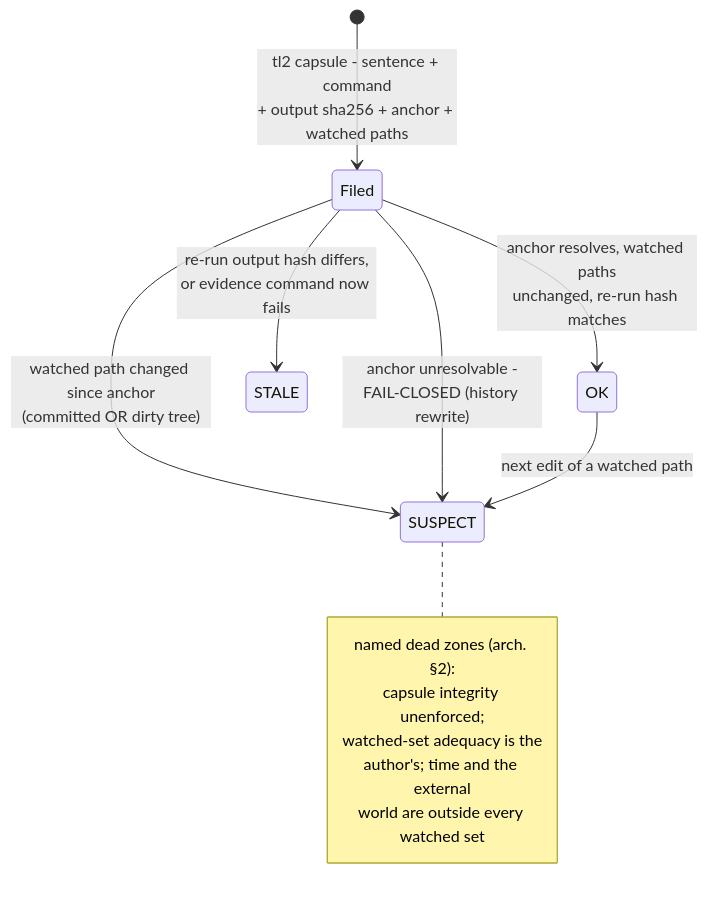
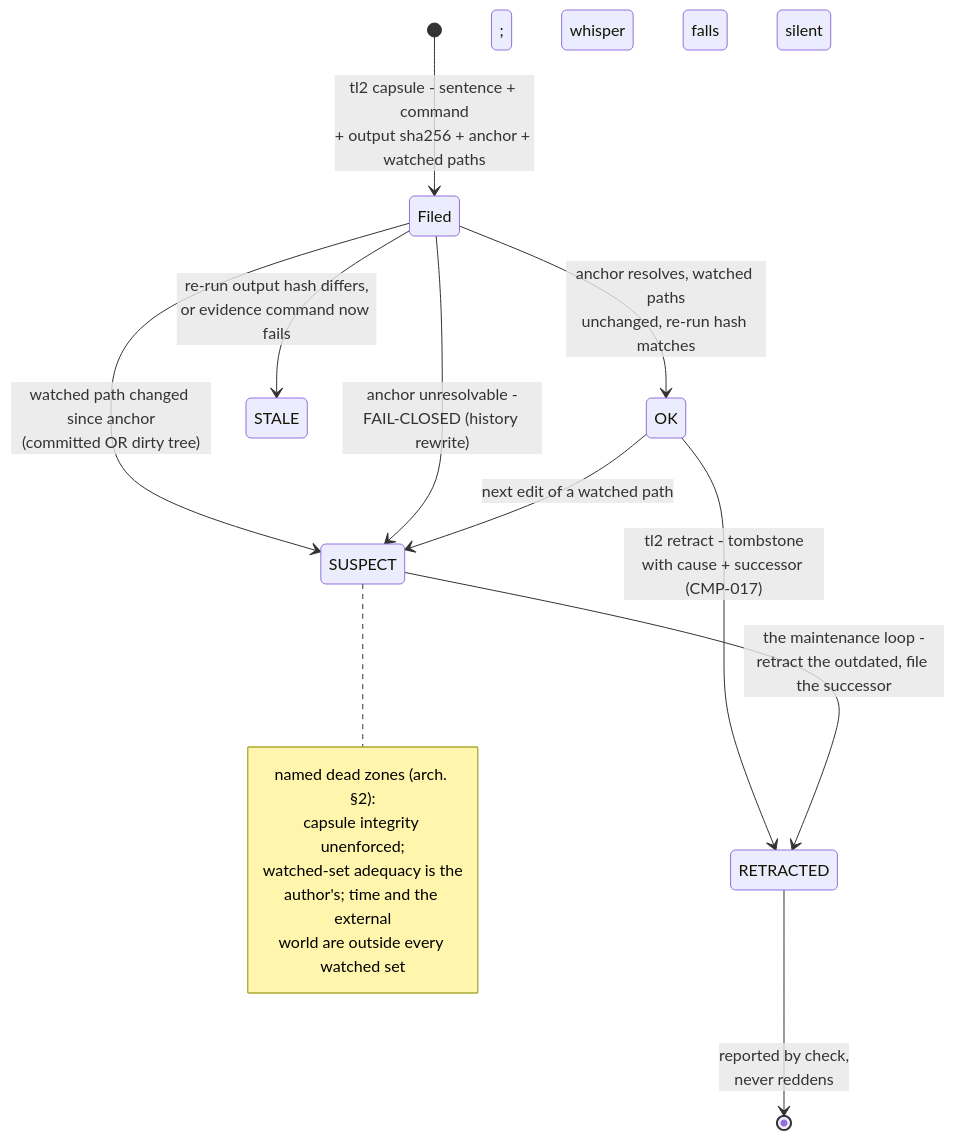
One commit to m1981/truth-ledger2 changed the fourth of 5 diagrams in docs/diagrams.md. Above: the diagram before and after it, drawn with Mermaid. The commit also changed other lines of this file and 5 other files, not shown here.

First line of the commit message:
CMP-017 buys tl2 retract: the COPE-shaped tombstone v1 had and v2 lacked

````diff
--- a/docs/diagrams.md
+++ b/docs/diagrams.md
@@ -87,16 +87,19 @@
 ```mermaid
 stateDiagram-v2
     [*] --> Filed: tl2 capsule - sentence + command<br/>+ output sha256 + anchor + watched paths
     Filed --> OK: anchor resolves, watched paths<br/>unchanged, re-run hash matches
     Filed --> SUSPECT: watched path changed since anchor<br/>(committed OR dirty tree)
     Filed --> SUSPECT: anchor unresolvable -<br/>FAIL-CLOSED (history rewrite)
     Filed --> STALE: re-run output hash differs,<br/>or evidence command now fails
     OK --> SUSPECT: next edit of a watched path
+    OK --> RETRACTED: tl2 retract - tombstone<br/>with cause + successor (CMP-017)
+    SUSPECT --> RETRACTED: the maintenance loop -<br/>retract the outdated, file the successor
+    RETRACTED --> [*]: reported by check,<br/>never reddens; whisper falls silent
     note right of SUSPECT
         named dead zones (arch. §2):
         capsule integrity unenforced;
         watched-set adequacy is the
         author's; time and the external
         world are outside every watched set
     end note
 ```
````
